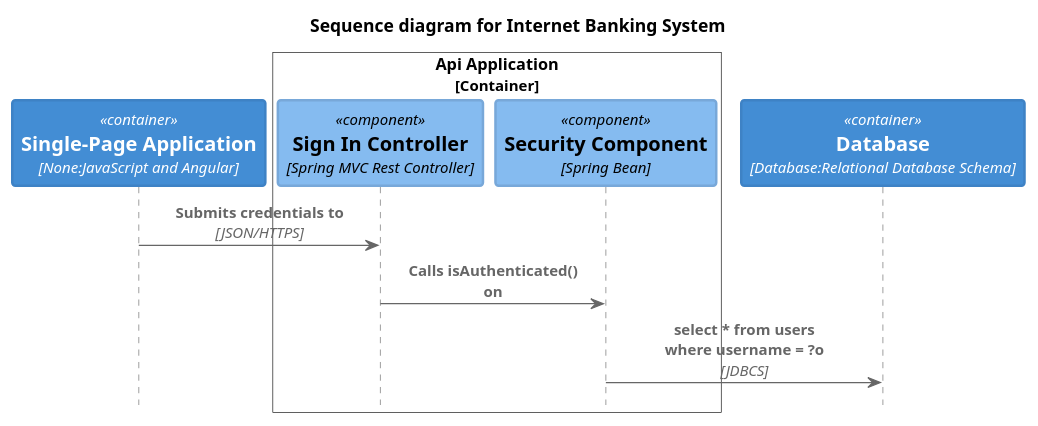
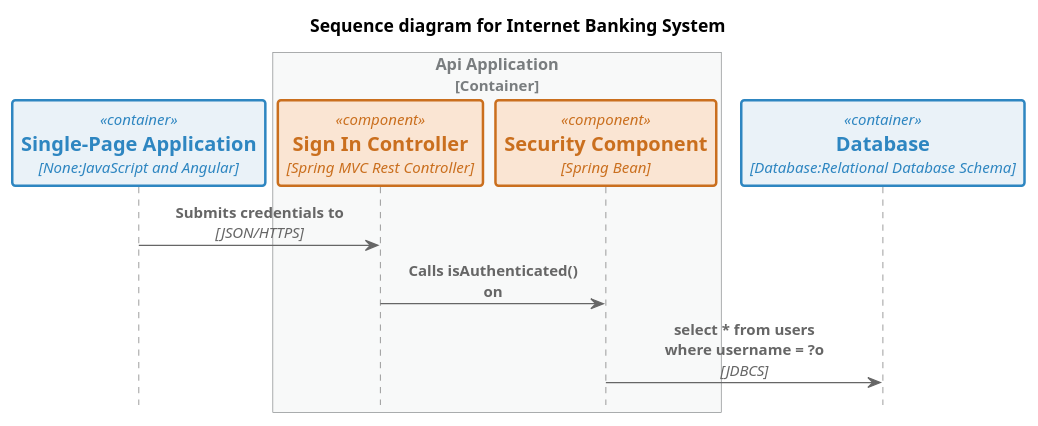
One commit to 8T4/c4sharp changed the diagram in docs/images/sequence-diagram-for-internet-banking-system-c4sequence.puml. Above: the diagram before and after it, drawn with PlantUML. The commit also changed 21 other files, not shown here.

```diff
--- a/docs/images/sequence-diagram-for-internet-banking-system-c4sequence.puml
+++ b/docs/images/sequence-diagram-for-internet-banking-system-c4sequence.puml
@@ -1,30 +1,30 @@
 @startuml sequence-diagram-for-internet-banking-system-c4sequence
 !include ../.c4s/C4_Sequence.puml
 
-UpdateElementStyle("system", $bgColor=#1a67be,$fontColor=#FFFFFF,$borderColor=#175eaa,$shadowing="false",$shape=RoundedBoxShape(),$borderStyle=SolidLine(),$borderThickness=2)
-UpdateElementStyle("external_system", $bgColor=#999999,$fontColor=#FFFFFF,$borderColor=#8a8a8a,$shadowing="false",$shape=RoundedBoxShape(),$borderStyle=SolidLine(),$borderThickness=1)
-UpdateElementStyle("person", $bgColor=#0d437b,$fontColor=#FFFFFF,$borderColor=#0d437b,$shadowing="false",$shape=RoundedBoxShape(),$borderStyle=SolidLine(),$borderThickness=2)
-UpdateElementStyle("component", $bgColor=#85bbf0,$fontColor=#000000,$borderColor=#78a8d9,$shadowing="false",$shape=RoundedBoxShape(),$borderStyle=SolidLine(),$borderThickness=2)
-UpdateElementStyle("external_component", $bgColor=#999999,$fontColor=#FFFFFF,$borderColor=#8a8a8a,$shadowing="false",$shape=RoundedBoxShape(),$borderStyle=SolidLine(),$borderThickness=1)
-UpdateElementStyle("container", $bgColor=#438dd4,$fontColor=#FFFFFF,$borderColor=#3e82c5,$shadowing="false",$shape=RoundedBoxShape(),$borderStyle=SolidLine(),$borderThickness=2)
-UpdateElementStyle("external_container", $bgColor=#999999,$fontColor=#FFFFFF,$borderColor=#8a8a8a,$shadowing="false",$shape=RoundedBoxShape(),$borderStyle=SolidLine(),$borderThickness=1)
-UpdateBoundaryStyle($elementName=system,$bgColor=#FFFFFF,$fontColor=#000000,$borderColor=#000000,$shadowing="false",$shape=RoundedBoxShape())
-UpdateBoundaryStyle($elementName=container,$bgColor=#FFFFFF,$fontColor=#000000,$borderColor=#000000,$shadowing="false",$shape=RoundedBoxShape())
-UpdateBoundaryStyle($elementName=enterprise,$bgColor=#FFFFFF,$fontColor=#000000,$borderColor=#000000,$shadowing="false",$shape=RoundedBoxShape())
+UpdateElementStyle("system", $bgColor=#D4E6F1,$fontColor=#1A5276,$borderColor=#1A5276,$shadowing="false",$shape=RoundedBoxShape(),$borderStyle=SolidLine(),$borderThickness=2)
+UpdateElementStyle("external_system", $bgColor=#F8F9F9,$fontColor=#797D7F,$borderColor=#797D7F,$shadowing="false",$shape=RoundedBoxShape(),$borderStyle=SolidLine(),$borderThickness=1)
+UpdateElementStyle("person", $bgColor=#797D7F,$fontColor=#797D7F,$borderColor=#797D7F,$shadowing="false",$shape=RoundedBoxShape(),$borderStyle=SolidLine(),$borderThickness=2)
+UpdateElementStyle("component", $bgColor=#FAE5D3,$fontColor=#CA6F1E,$borderColor=#CA6F1E,$shadowing="false",$shape=RoundedBoxShape(),$borderStyle=SolidLine(),$borderThickness=2)
+UpdateElementStyle("external_component", $bgColor=#F8F9F9,$fontColor=#797D7F,$borderColor=#797D7F,$shadowing="false",$shape=RoundedBoxShape(),$borderStyle=SolidLine(),$borderThickness=1)
+UpdateElementStyle("container", $bgColor=#EAF2F8,$fontColor=#2E86C1,$borderColor=#2E86C1,$shadowing="false",$shape=RoundedBoxShape(),$borderStyle=SolidLine(),$borderThickness=2)
+UpdateElementStyle("external_container", $bgColor=#F8F9F9,$fontColor=#797D7F,$borderColor=#797D7F,$shadowing="false",$shape=RoundedBoxShape(),$borderStyle=SolidLine(),$borderThickness=1)
+UpdateBoundaryStyle($elementName=system,$bgColor=#F8F9F9,$fontColor=#797D7F,$borderColor=#797D7F,$shadowing="false",$shape=RoundedBoxShape())
+UpdateBoundaryStyle($elementName=container,$bgColor=#F8F9F9,$fontColor=#797D7F,$borderColor=#797D7F,$shadowing="false",$shape=RoundedBoxShape())
+UpdateBoundaryStyle($elementName=enterprise,$bgColor=#F8F9F9,$fontColor=#797D7F,$borderColor=#797D7F,$shadowing="false",$shape=RoundedBoxShape())
 SHOW_PERSON_PORTRAIT()
 
 title Sequence diagram for Internet Banking System
 
 Container(cA, "Single-Page Application", "None:JavaScript and Angular", "Provides all of the Internet banking functionality to customers via their web browser.")
 
 Container_Boundary(b, "Api Application")
     Component(cB, "Sign In Controller", "Spring MVC Rest Controller", "Allows users to sign in to the Internet Banking System.")
     Component(cC, "Security Component", "Spring Bean", "Provides functionality Related to signing in, changing passwords, etc.")
 Boundary_End()
 
 ContainerDb(cD, "Database", "Database:Relational Database Schema", "Stores user registration information, hashed authentication credentials, access logs, etc.")
 
 Rel(cA, cB, "Submits credentials to", "JSON/HTTPS")
 Rel(cB, cC, "Calls isAuthenticated() on")
 Rel(cC, cD, "select * from users where username = ?o", "JDBCS")
 @enduml
```
